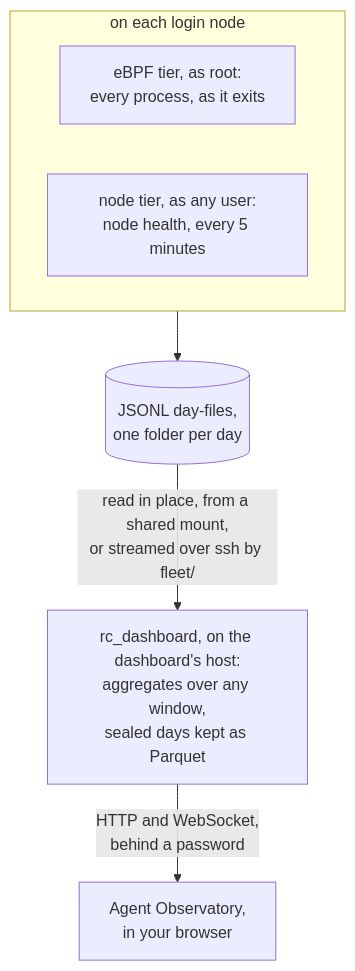
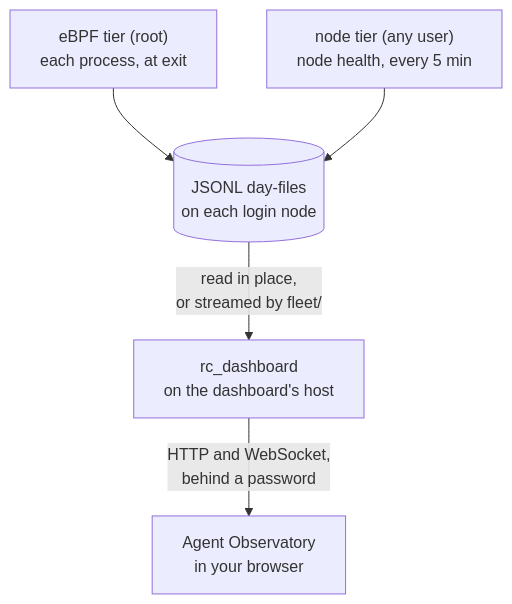
Before and after one commit to HarvardMadSys/agentic-hpc-dashboard: the diagram in README.md, drawn with Mermaid. The commit also changed other lines of this file, not shown here.

Commit message:
Docs: the README's diagram compact, and its contents line on one line
GitHub ignores a subgraph's own direction once the subgraph is linked to
a node outside it, so the two tiers were drawn one above the other and
the diagram ran about 1,250 px tall. Without the subgraph, the two tiers
are siblings and sit side by side, and shorter labels keep each box to
two lines. The numbered paragraphs under it say the rest.

The contents line's last entry wrapped onto a line of its own; "Privacy"
and "Docs" make it fit.

Claude-Session: https://claude.ai/code/session_015VD7L9piUuWbMR1Lnquq5K

````diff
--- a/README.md
+++ b/README.md
@@ -39,14 +39,12 @@
 ```mermaid
 flowchart TB
-    subgraph login["on each login node"]
-        direction LR
-        ebpf["eBPF tier, as root:<br/>every process, as it exits"]
-        nodetier["node tier, as any user:<br/>node health, every 5 minutes"]
-    end
-    files[("JSONL day-files,<br/>one folder per day")]
-    svc["rc_dashboard, on the dashboard's host:<br/>aggregates over any window,<br/>sealed days kept as Parquet"]
-    page["Agent Observatory,<br/>in your browser"]
-    login --> files
-    files -->|"read in place, from a shared mount,<br/>or streamed over ssh by fleet/"| svc
+    ebpf["eBPF tier (root)<br/>each process, at exit"]
+    nodetier["node tier (any user)<br/>node health, every 5 min"]
+    files[("JSONL day-files<br/>on each login node")]
+    svc["rc_dashboard<br/>on the dashboard's host"]
+    page["Agent Observatory<br/>in your browser"]
+    ebpf --> files
+    nodetier --> files
+    files -->|"read in place,<br/>or streamed by fleet/"| svc
     svc -->|"HTTP and WebSocket,<br/>behind a password"| page
 ```
````
